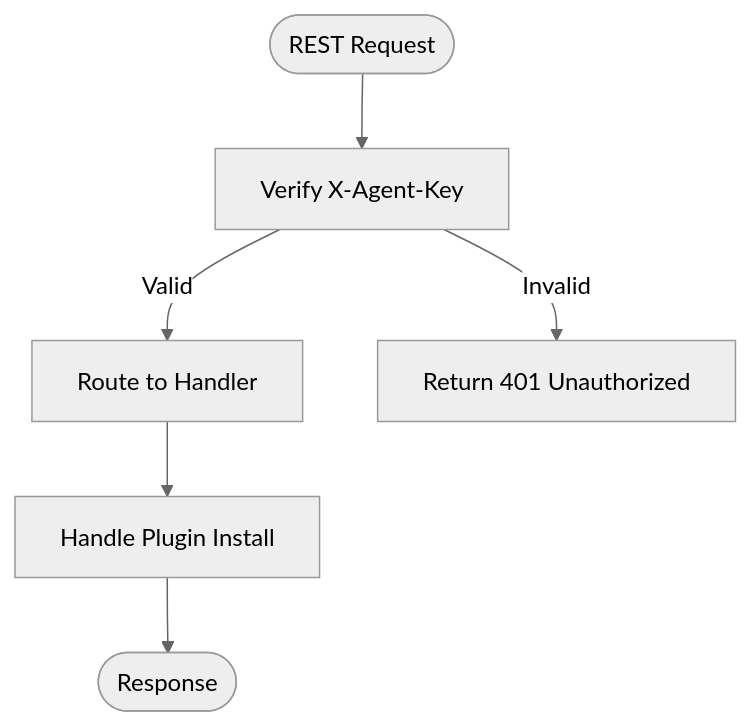
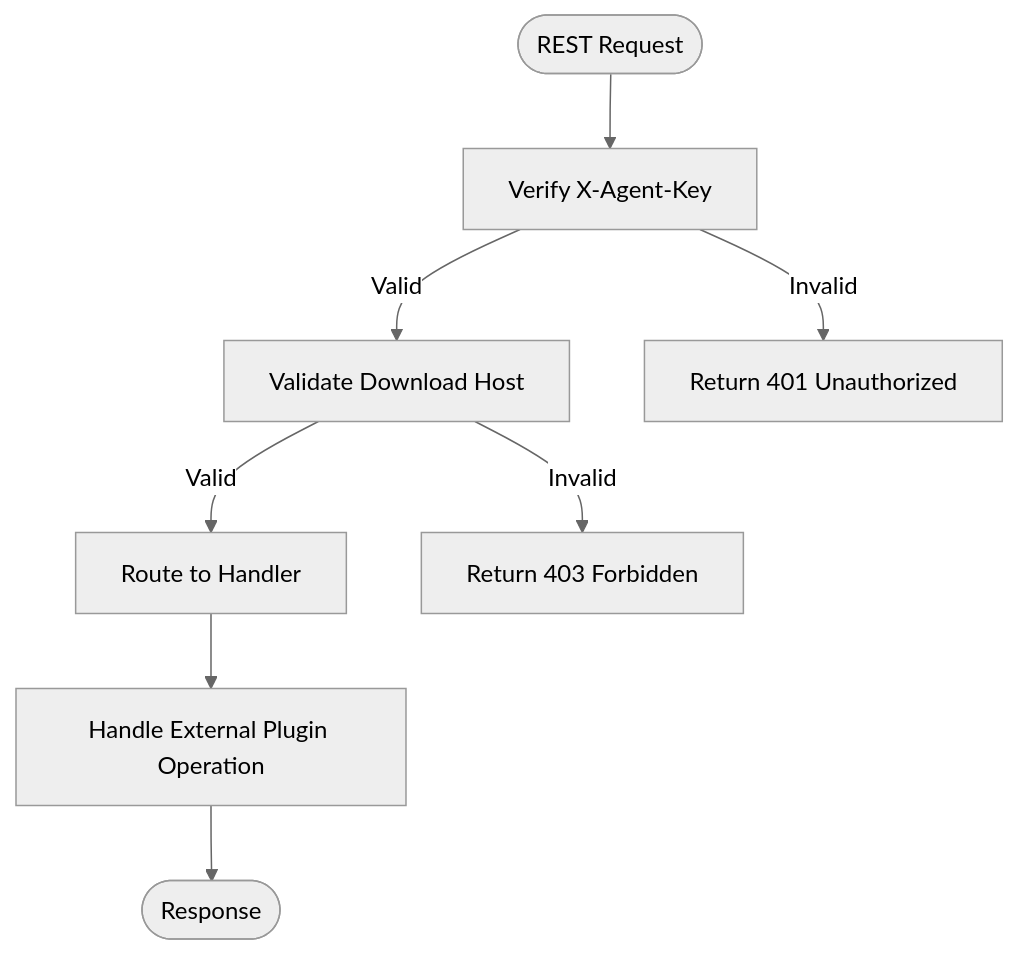
Before and after one commit to FCS-WP/website_portal: the third of 7 diagrams in .qoder/repowiki/en/content/WordPress Agent Integration/Plugin Management System.md, drawn with Mermaid (neutral theme). The commit also changed other lines of this file and 30 other files, not shown here.

````diff
--- a/.qoder/repowiki/en/content/WordPress Agent Integration/Plugin Management System.md
+++ b/.qoder/repowiki/en/content/WordPress Agent Integration/Plugin Management System.md
@@ -200,8 +256,10 @@
 ```mermaid
 flowchart TD
 Start(["REST Request"]) --> CheckKey["Verify X-Agent-Key"]
-CheckKey --> |Valid| Route["Route to Handler"]
+CheckKey --> |Valid| ValidateHost["Validate Download Host"]
 CheckKey --> |Invalid| Unauthorized["Return 401 Unauthorized"]
-Route --> Install["Handle Plugin Install"]
-Install --> End(["Response"])
+ValidateHost --> |Valid| Route["Route to Handler"]
+ValidateHost --> |Invalid| Forbidden["Return 403 Forbidden"]
+Route --> ExternalManager["Handle External Plugin Operation"]
+ExternalManager --> End(["Response"])
 ```
````
